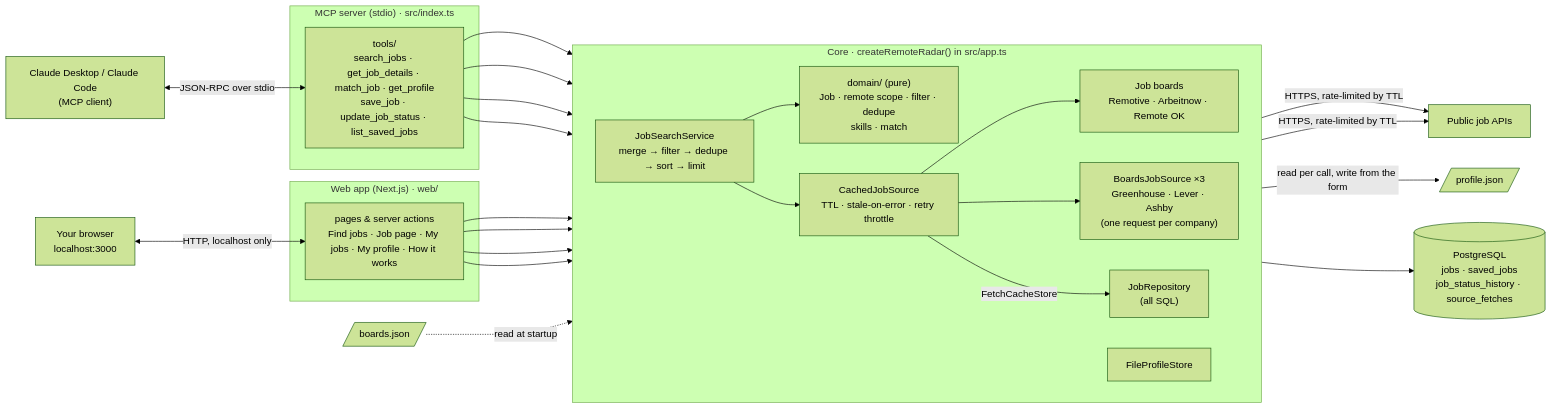
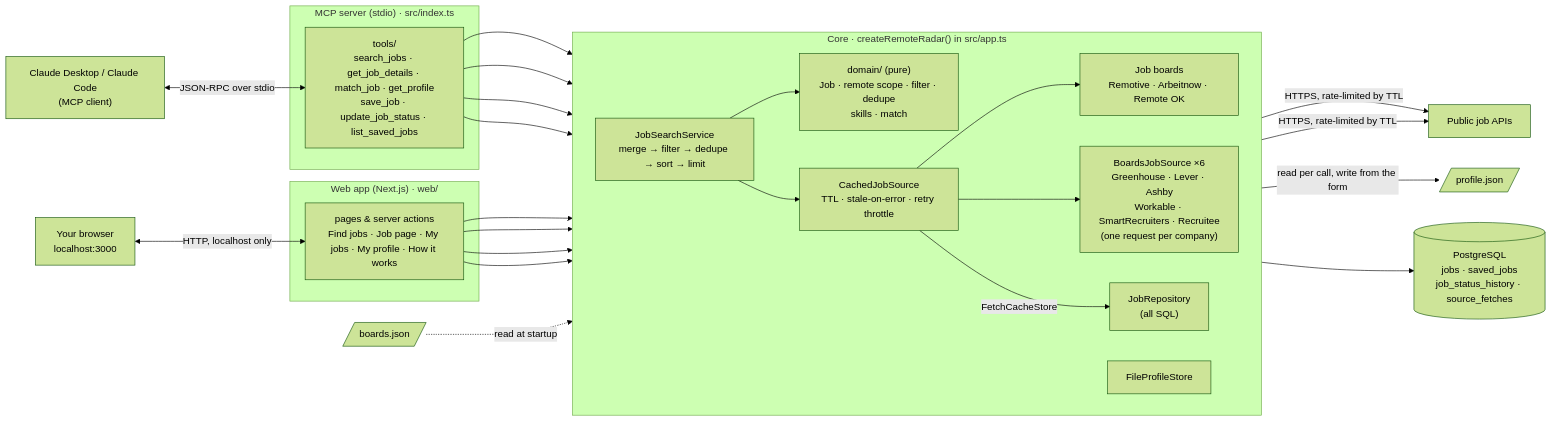
Before and after one commit to DarioKnezovic/remote-radar-mcp: the diagram in README.md, drawn with Mermaid (forest theme). The commit also changed other lines of this file and 34 other files, not shown here.

First line of the commit message:
feat: read Workable, SmartRecruiters and Recruitee job boards

````diff
--- a/README.md
+++ b/README.md
@@ -281,41 +283,41 @@
 ```mermaid
 flowchart LR
   claude["Claude Desktop / Claude Code<br/>(MCP client)"]
   browser["Your browser<br/>localhost:3000"]
 
   subgraph mcp["MCP server (stdio) · src/index.ts"]
     tools["tools/<br/>search_jobs · get_job_details · match_job · get_profile<br/>save_job · update_job_status · list_saved_jobs"]
   end
 
   subgraph webapp["Web app (Next.js) · web/"]
     pages["pages & server actions<br/>Find jobs · Job page · My jobs · My profile · How it works"]
   end
 
   subgraph core["Core · createRemoteRadar() in src/app.ts"]
     direction LR
     search["JobSearchService<br/>merge → filter → dedupe → sort → limit"]
     domain["domain/ (pure)<br/>Job · remote scope · filter · dedupe<br/>skills · match"]
     cache["CachedJobSource<br/>TTL · stale-on-error · retry throttle"]
     boardsrc["Job boards<br/>Remotive · Arbeitnow · Remote OK"]
-    atssrc["BoardsJobSource ×3<br/>Greenhouse · Lever · Ashby<br/>(one request per company)"]
+    atssrc["BoardsJobSource ×6<br/>Greenhouse · Lever · Ashby<br/>Workable · SmartRecruiters · Recruitee<br/>(one request per company)"]
     repo["JobRepository<br/>(all SQL)"]
     profile["FileProfileStore"]
   end
 
   db[("PostgreSQL<br/>jobs · saved_jobs<br/>job_status_history · source_fetches")]
   apis["Public job APIs"]
   profilefile[/"profile.json"/]
   boardsfile[/"boards.json"/]
 
   claude <-->|JSON-RPC over stdio| tools
   browser <-->|HTTP, localhost only| pages
   tools & pages --> search & repo & profile & domain
   search --> domain
   search --> cache
   cache --> boardsrc & atssrc
   cache -->|FetchCacheStore| repo
   boardsrc & atssrc -->|HTTPS, rate-limited by TTL| apis
   profile -->|read per call, write from the form| profilefile
   boardsfile -.->|read at startup| atssrc
   repo --> db
 ```
````
